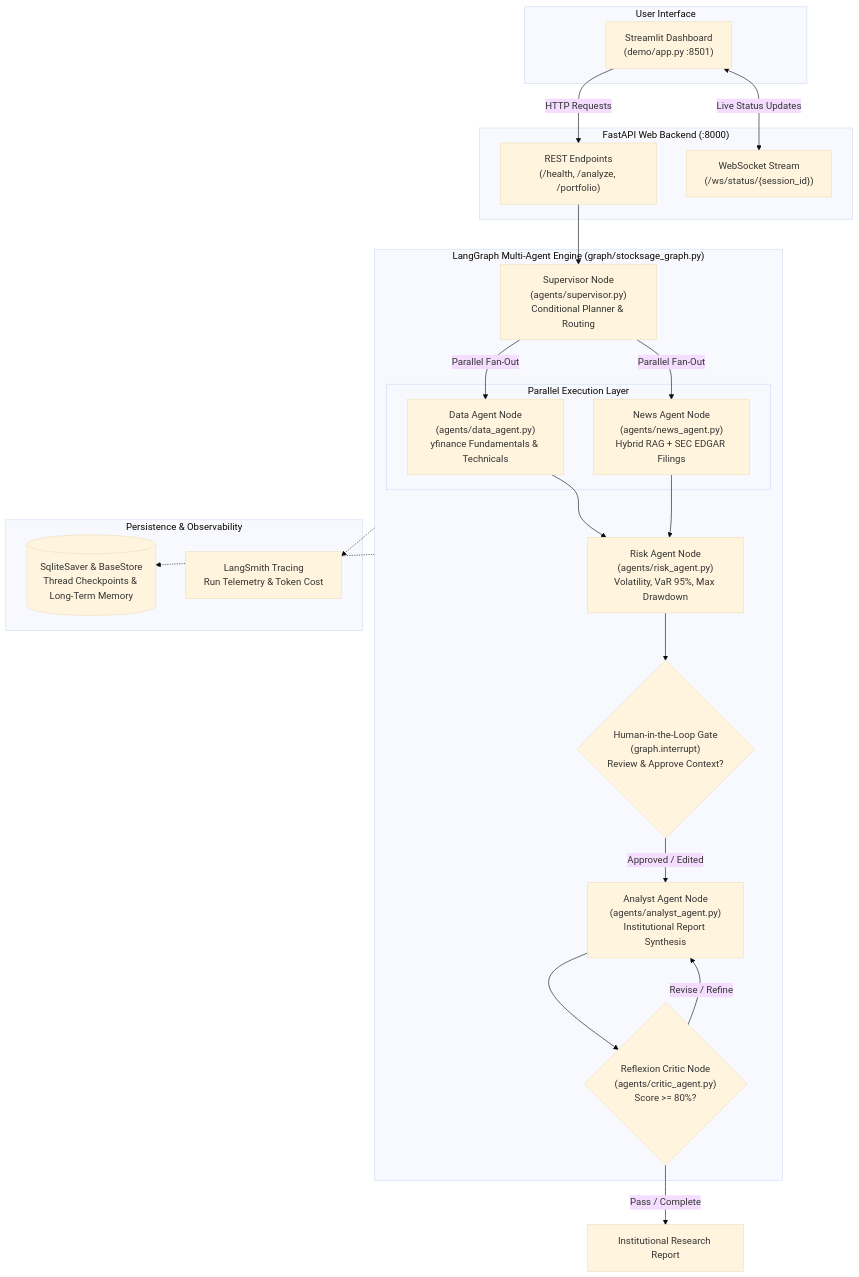
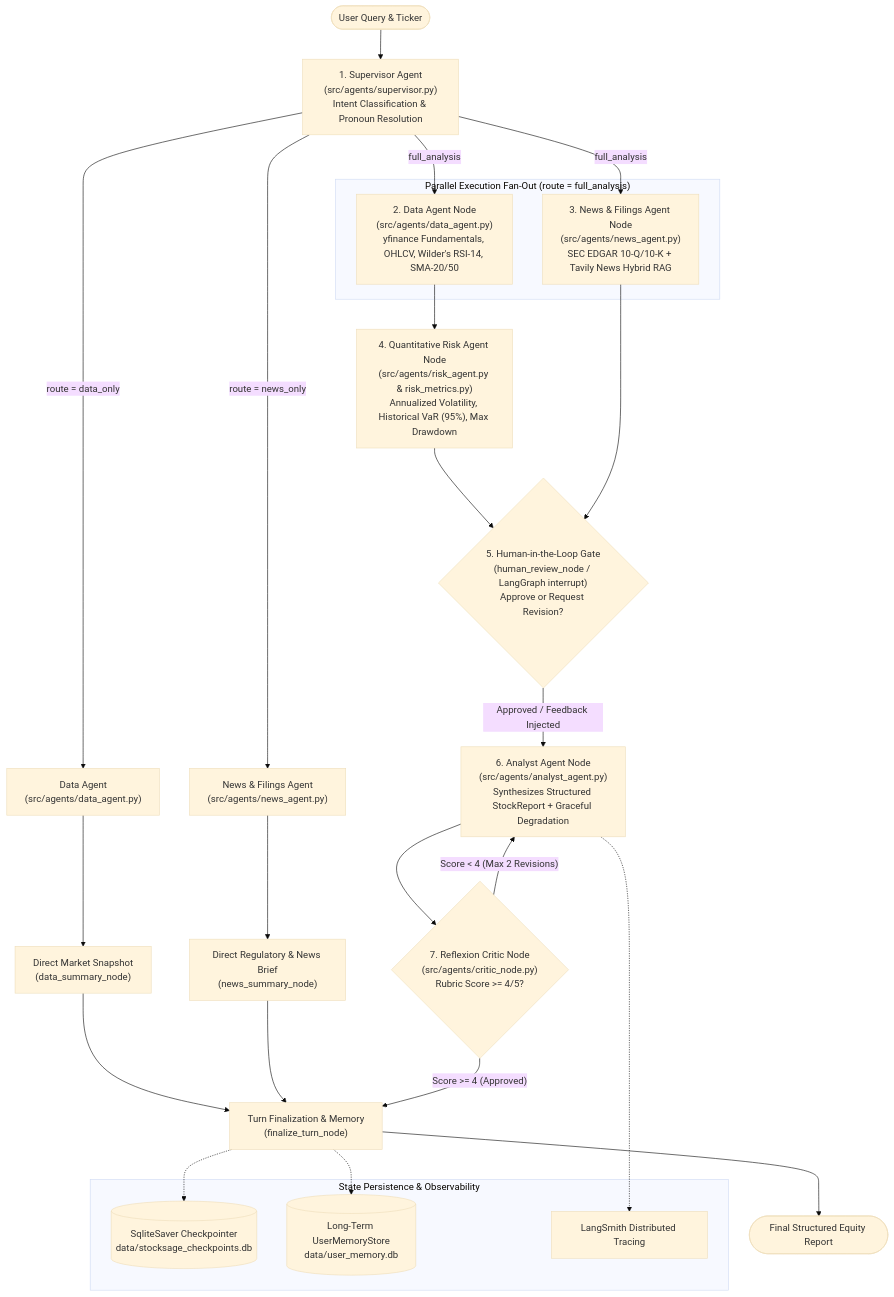
One commit to sugam24/STOCKSAGE changed the first of 2 diagrams in README.md. Above: the diagram before and after it, drawn with Mermaid (base theme). The commit also changed other lines of this file, not shown here.

````diff
--- a/README.md
+++ b/README.md
@@ -53,50 +51,43 @@
 ```mermaid
 flowchart TD
-    subgraph Frontend ["User Interface"]
-        Streamlit["Streamlit Dashboard<br/>(demo/app.py :8501)"]
+    START([User Query & Ticker]) --> Supervisor["1. Supervisor Agent<br/>(src/agents/supervisor.py)<br/>Intent Classification & Pronoun Resolution"]
+
+    Supervisor -->|"route = data_only"| DataAgentSolo["Data Agent<br/>(src/agents/data_agent.py)"]
+    DataAgentSolo --> DataSummary["Direct Market Snapshot<br/>(data_summary_node)"]
+    DataSummary --> FinalizeTurn["Turn Finalization & Memory<br/>(finalize_turn_node)"]
+
+    Supervisor -->|"route = news_only"| NewsAgentSolo["News & Filings Agent<br/>(src/agents/news_agent.py)"]
+    NewsAgentSolo --> NewsSummary["Direct Regulatory & News Brief<br/>(news_summary_node)"]
+    NewsSummary --> FinalizeTurn
+
+    subgraph ParallelFanOut ["Parallel Execution Fan-Out (route = full_analysis)"]
+        DataAgent["2. Data Agent Node<br/>(src/agents/data_agent.py)<br/>yfinance Fundamentals, OHLCV, Wilder's RSI-14, SMA-20/50"]
+        NewsAgent["3. News & Filings Agent Node<br/>(src/agents/news_agent.py)<br/>SEC EDGAR 10-Q/10-K + Tavily News Hybrid RAG"]
     end
 
-    subgraph API ["FastAPI Web Backend (:8000)"]
-        REST["REST Endpoints<br/>(/health, /analyze, /portfolio)"]
-        WS["WebSocket Stream<br/>(/ws/status/{session_id})"]
+    Supervisor -->|"full_analysis"| DataAgent
+    Supervisor -->|"full_analysis"| NewsAgent
+
+    DataAgent --> RiskAgent["4. Quantitative Risk Agent Node<br/>(src/agents/risk_agent.py & risk_metrics.py)<br/>Annualized Volatility, Historical VaR (95%), Max Drawdown"]
+
+    RiskAgent --> HITL{"5. Human-in-the-Loop Gate<br/>(human_review_node / LangGraph interrupt)<br/>Approve or Request Revision?"}
+    NewsAgent --> HITL
+
+    HITL -->|"Approved / Feedback Injected"| AnalystAgent["6. Analyst Agent Node<br/>(src/agents/analyst_agent.py)<br/>Synthesizes Structured StockReport + Graceful Degradation"]
+
+    AnalystAgent --> CriticNode{"7. Reflexion Critic Node<br/>(src/agents/critic_node.py)<br/>Rubric Score >= 4/5?"}
+    CriticNode -->|"Score < 4 (Max 2 Revisions)"| AnalystAgent
+    CriticNode -->|"Score >= 4 (Approved)"| FinalizeTurn
+
+    FinalizeTurn --> END([Final Structured Equity Report])
+
+    subgraph PersistenceAndMemory ["State Persistence & Observability"]
+        Checkpointer[("SqliteSaver Checkpointer<br/>data/stocksage_checkpoints.db")]
+        UserMemory[("Long-Term UserMemoryStore<br/>data/user_memory.db")]
+        LangSmith["LangSmith Distributed Tracing"]
     end
 
-    Streamlit -->|HTTP Requests| REST
-    Streamlit <-->|Live Status Updates| WS
-
-    subgraph LangGraph ["LangGraph Multi-Agent Engine (graph/stocksage_graph.py)"]
-        Supervisor["Supervisor Node<br/>(agents/supervisor.py)<br/>Conditional Planner & Routing"]
-        
-        subgraph ParallelExecution ["Parallel Execution Layer"]
-            DataAgent["Data Agent Node<br/>(agents/data_agent.py)<br/>yfinance Fundamentals & Technicals"]
-            NewsAgent["News Agent Node<br/>(agents/news_agent.py)<br/>Hybrid RAG + SEC EDGAR Filings"]
-        end
-
-        RiskAgent["Risk Agent Node<br/>(agents/risk_agent.py)<br/>Volatility, VaR 95%, Max Drawdown"]
-        
-        HITL{"Human-in-the-Loop Gate<br/>(graph.interrupt)<br/>Review & Approve Context?"}
-        
-        AnalystAgent["Analyst Agent Node<br/>(agents/analyst_agent.py)<br/>Institutional Report Synthesis"]
-        
-        CriticAgent{"Reflexion Critic Node<br/>(agents/critic_agent.py)<br/>Score >= 80%?"}
-    end
-
-    REST --> Supervisor
-    Supervisor -->|Parallel Fan-Out| DataAgent
-    Supervisor -->|Parallel Fan-Out| NewsAgent
-    DataAgent --> RiskAgent
-    NewsAgent --> RiskAgent
-    RiskAgent --> HITL
-    HITL -->|Approved / Edited| AnalystAgent
-    AnalystAgent --> CriticAgent
-    CriticAgent -->|Revise / Refine| AnalystAgent
-
-    subgraph StorageAndTelemetry ["Persistence & Observability"]
-        SqliteCheckpointer[("SqliteSaver & BaseStore<br/>Thread Checkpoints & Long-Term Memory")]
-        LangSmith["LangSmith Tracing<br/>Run Telemetry & Token Cost"]
-    end
-
-    CriticAgent -->|Pass / Complete| FinalReport["Institutional Research Report"]
-    LangGraph -.-> SqliteCheckpointer
-    LangGraph -.-> LangSmith
+    FinalizeTurn -.-> Checkpointer
+    FinalizeTurn -.-> UserMemory
+    AnalystAgent -.-> LangSmith
 ```
````
